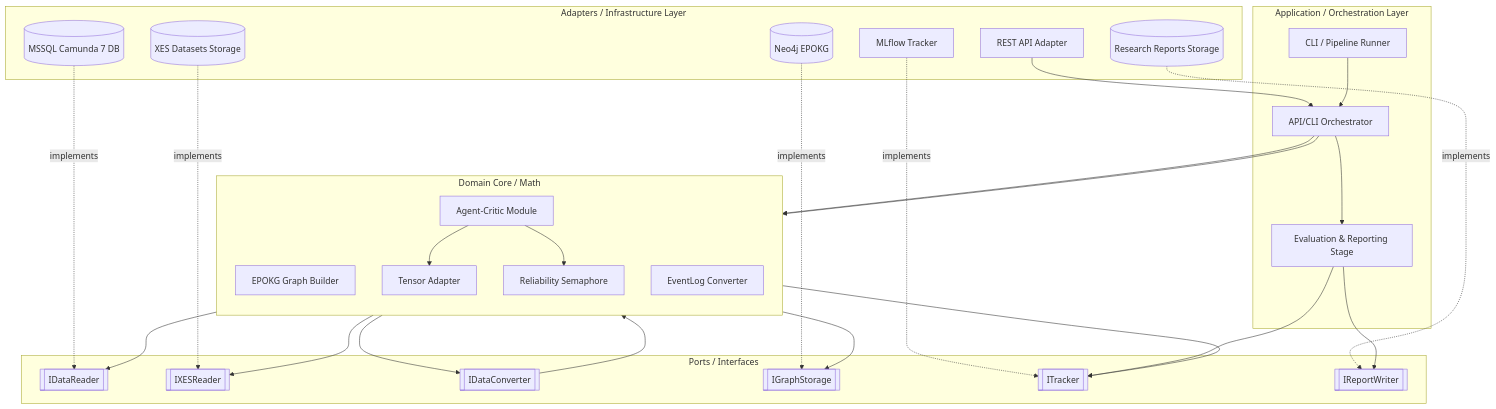
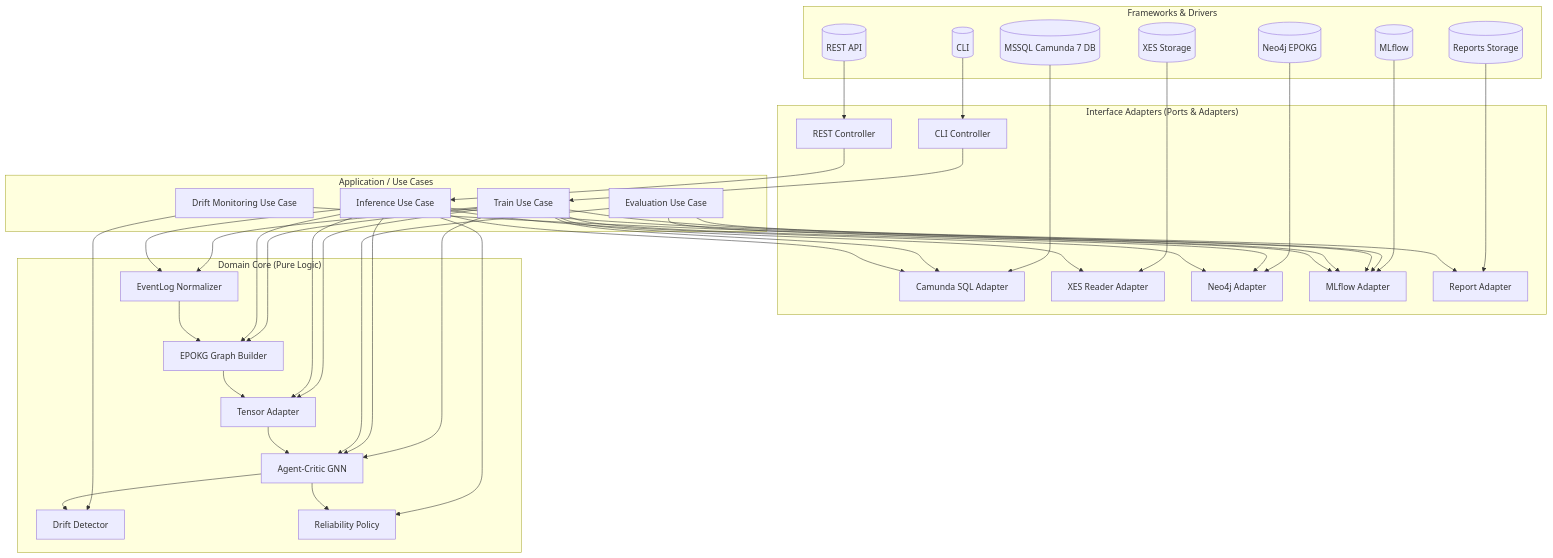
One commit to ghsrg/bpm_prediction changed the second of 7 diagrams in ARCHITECTURE.MD. Above: the diagram before and after it, drawn with Mermaid. The commit also changed other lines of this file and 7 other files, not shown here.

Commit message:
docs: update hexagonal component view and use-case data flows

````diff
--- a/ARCHITECTURE.MD
+++ b/ARCHITECTURE.MD
@@ -206,58 +364,125 @@
 ```mermaid
-flowchart TD
-    subgraph Infrastructure [Adapters / Infrastructure Layer]
-        CamundaDB[(MSSQL Camunda 7 DB)]
-        XESFiles[(XES Datasets Storage)]
-        Neo4j[(Neo4j EPOKG)]
-        MLflow[MLflow Tracker]
-        Reports[(Research Reports Storage)]
-        RestAPI[REST API Adapter]
-    end
+flowchart TB
 
-    subgraph Application [Application / Orchestration Layer]
-        CLI[CLI / Pipeline Runner]
-        APIOrch[API/CLI Orchestrator]
-        Eval[Evaluation & Reporting Stage]
-    end
+%% ================================
+%% 1. FRAMEWORKS & DRIVERS (OUTER)
+%% ================================
 
-    subgraph Ports [Ports / Interfaces]
-        IDataReader[[IDataReader]]
-        IXESReader[[IXESReader]]
-        IDataConverter[[IDataConverter]]
-        IGraphStorage[[IGraphStorage]]
-        ITracker[[ITracker]]
-        IReportWriter[[IReportWriter]]
-    end
+subgraph Frameworks["Frameworks & Drivers"]
+    CamundaDB[(MSSQL Camunda 7 DB)]
+    XESFiles[(XES Storage)]
+    Neo4j[(Neo4j EPOKG)]
+    MLflow[(MLflow)]
+    Reports[(Reports Storage)]
+    REST[(REST API)]
+    CLI[(CLI)]
+end
 
-    subgraph Core [Domain Core / Math]
-        direction TB
-        Builder[EPOKG Graph Builder]
-        Converter[EventLog Converter]
-        TensorConv[Tensor Adapter]
-        GNN[Agent-Critic Module]
-        Semaphore[Reliability Semaphore]
-    end
+%% ================================
+%% 2. INTERFACE ADAPTERS (HEXAGON)
+%% ================================
 
-    CamundaDB -.implements.-> IDataReader
-    XESFiles -.implements.-> IXESReader
-    Neo4j -.implements.-> IGraphStorage
-    MLflow -.implements.-> ITracker
-    Reports -.implements.-> IReportWriter
-    RestAPI --> APIOrch
+subgraph Adapters["Interface Adapters (Ports & Adapters)"]
 
-    CLI --> APIOrch
-    APIOrch --> Builder
-    APIOrch --> GNN
-    APIOrch --> Eval
+    %% Outbound Adapters
+    SQLAdapter[Camunda SQL Adapter]
+    XESAdapter[XES Reader Adapter]
+    GraphAdapter[Neo4j Adapter]
+    TrackerAdapter[MLflow Adapter]
+    ReportAdapter[Report Adapter]
 
-    Builder --> IDataReader
-    Builder --> IXESReader
-    Builder --> IDataConverter
-    Builder --> IGraphStorage
-    IDataConverter --> Converter
-    GNN --> TensorConv
-    GNN --> Semaphore
-    Semaphore --> ITracker
-    Eval --> ITracker
-    Eval --> IReportWriter
+    %% Inbound Adapters
+    APIController[REST Controller]
+    CLIController[CLI Controller]
+end
+
+%% ================================
+%% 3. APPLICATION (USE CASES)
+%% ================================
+
+subgraph Application["Application / Use Cases"]
+
+    TrainUC[Train Use Case]
+    InferUC[Inference Use Case]
+    DriftUC[Drift Monitoring Use Case]
+    EvalUC[Evaluation Use Case]
+end
+
+%% ================================
+%% 4. DOMAIN (PURE CORE)
+%% ================================
+
+subgraph Domain["Domain Core (Pure Logic)"]
+
+    EventNormalizer[EventLog Normalizer]
+    GraphBuilder[EPOKG Graph Builder]
+    TensorAdapter[Tensor Adapter]
+    AgentCritic[Agent-Critic GNN]
+    DriftDetector[Drift Detector]
+    ReliabilityPolicy[Reliability Policy]
+end
+
+%% ===================================
+%% INFRA IMPLEMENTS ADAPTERS
+%% ===================================
+
+CamundaDB --> SQLAdapter
+XESFiles --> XESAdapter
+Neo4j --> GraphAdapter
+MLflow --> TrackerAdapter
+Reports --> ReportAdapter
+REST --> APIController
+CLI --> CLIController
+
+%% ===================================
+%% ADAPTERS CALL APPLICATION
+%% ===================================
+
+APIController --> InferUC
+CLIController --> TrainUC
+
+%% ===================================
+%% APPLICATION USES ADAPTERS (OUTBOUND)
+%% ===================================
+
+TrainUC --> SQLAdapter
+TrainUC --> XESAdapter
+TrainUC --> GraphAdapter
+TrainUC --> TrackerAdapter
+
+InferUC --> SQLAdapter
+InferUC --> GraphAdapter
+InferUC --> TrackerAdapter
+
+DriftUC --> TrackerAdapter
+EvalUC --> ReportAdapter
+EvalUC --> TrackerAdapter
+
+%% ===================================
+%% APPLICATION CALLS DOMAIN
+%% ===================================
+
+TrainUC --> EventNormalizer
+TrainUC --> GraphBuilder
+TrainUC --> TensorAdapter
+TrainUC --> AgentCritic
+
+InferUC --> EventNormalizer
+InferUC --> GraphBuilder
+InferUC --> TensorAdapter
+InferUC --> AgentCritic
+InferUC --> ReliabilityPolicy
+
+DriftUC --> DriftDetector
+EvalUC --> AgentCritic
+
+%% ===================================
+%% DOMAIN INTERNAL FLOW
+%% ===================================
+
+EventNormalizer --> GraphBuilder
+GraphBuilder --> TensorAdapter
+TensorAdapter --> AgentCritic
+AgentCritic --> DriftDetector
+AgentCritic --> ReliabilityPolicy
 ```
````
